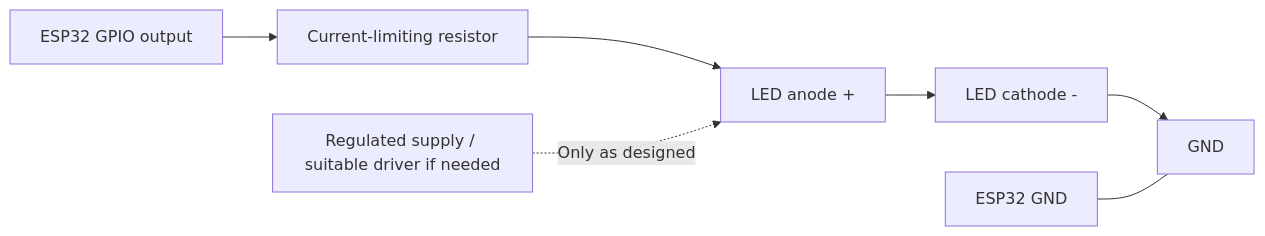
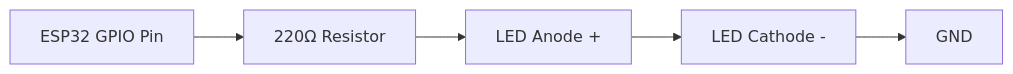
The third of 3 diagrams in README.md (Gurugvs/AI-Traffic-Signal-Control-IoT), drawn with Mermaid before and after one commit. The commit also changed other lines of this file, not shown here.

````diff
--- a/README.md
+++ b/README.md
@@ -303,9 +144,7 @@
 ```mermaid
 flowchart LR
-    A[ESP32 GPIO output] --> B[Current-limiting resistor]
-    B --> C[LED anode +]
-    C --> D[LED cathode -]
+    A[ESP32 GPIO Pin] --> B[220Ω Resistor]
+    B --> C[LED Anode +]
+    C --> D[LED Cathode -]
     D --> E[GND]
-    F[Regulated supply / suitable driver if needed] -. Only as designed .-> C
-    G[ESP32 GND] --- E
 ```
````
